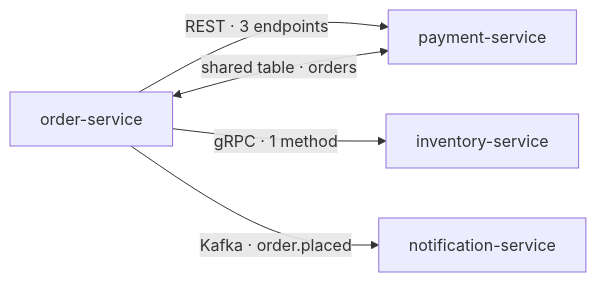
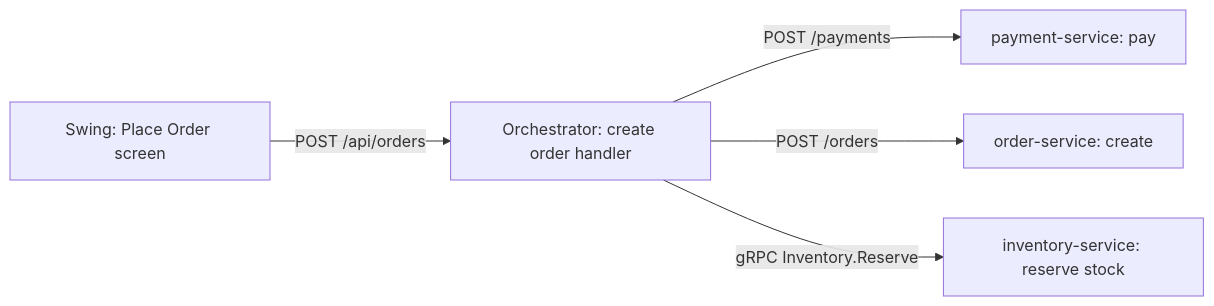
Before and after one commit to SayantanBong007/-Kitsune: the third of 4 diagrams in MULTI_SERVICE_DESIGN.md, drawn with Mermaid. The commit also changed other lines of this file, not shown here.

Commit message:
Rewrite multi-service design as a proposal for architecture review

````diff
--- a/MULTI_SERVICE_DESIGN.md
+++ b/MULTI_SERVICE_DESIGN.md
@@ -283,7 +106,7 @@
 ```mermaid
 graph LR
-    OS["order-service"] -->|"REST · 3 endpoints"| PS["payment-service"]
-    OS -->|"gRPC · 1 method"| IS["inventory-service"]
-    OS -->|"Kafka · order.placed"| NS["notification-service"]
-    OS <-->|"shared table · orders"| PS
+    S["Swing: Place Order screen"] -->|"POST /api/orders"| O["Orchestrator: create order handler"]
+    O -->|"POST /payments"| P["payment-service: pay"]
+    O -->|"POST /orders"| R["order-service: create"]
+    O -->|"gRPC Inventory.Reserve"| I["inventory-service: reserve stock"]
 ```
````
